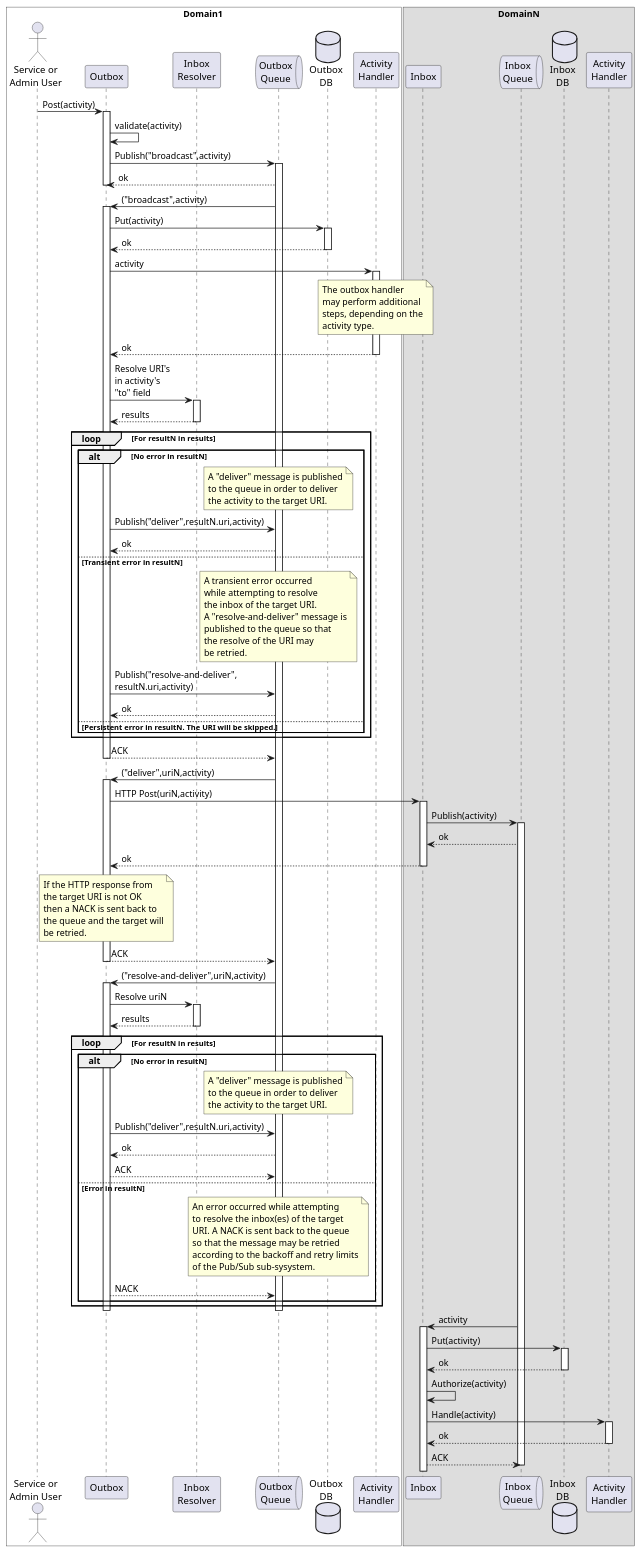
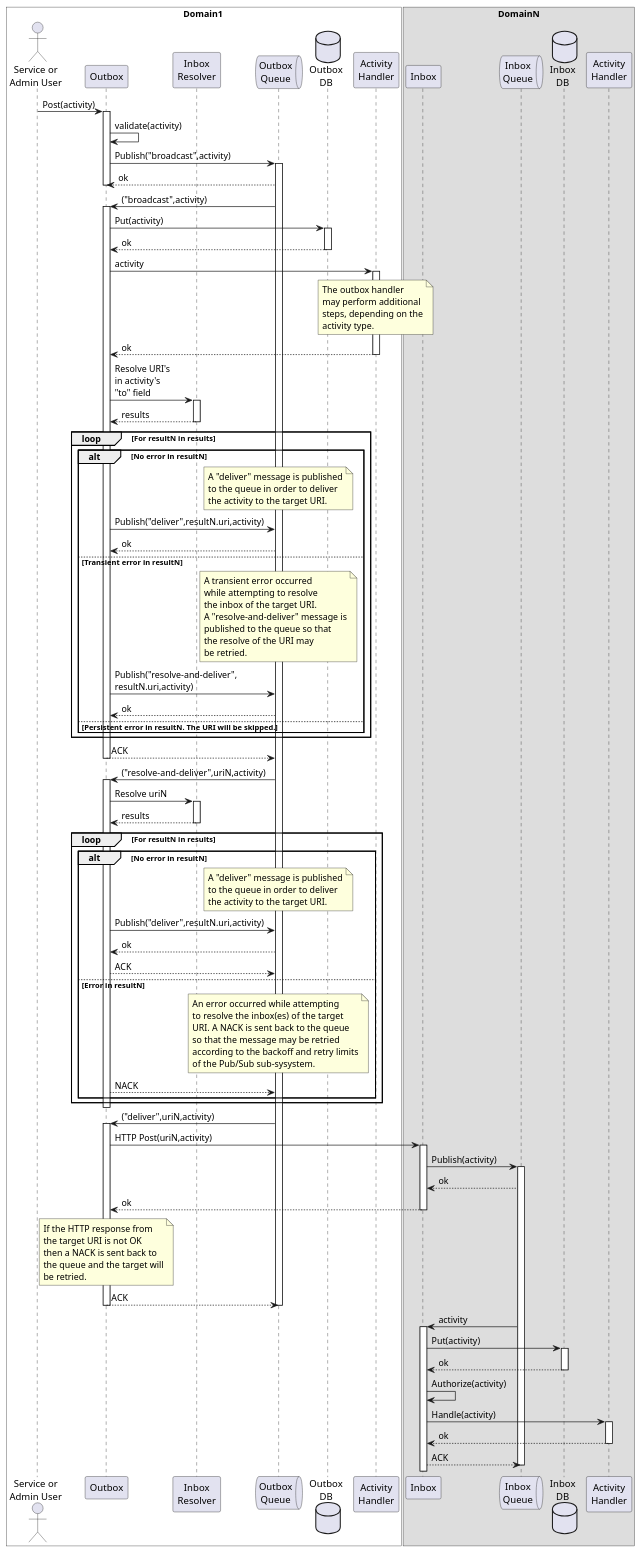
The diagram in readthedocs/source/orb/diagrams/ap-outbox-inbox.puml (trustbloc/docs), drawn with PlantUML before and after one commit. The commit also changed other lines of this file and 1 other file, not shown here.

First line of the commit message:
docs: Reorganize outbox diagram

```diff
--- a/readthedocs/source/orb/diagrams/ap-outbox-inbox.puml
+++ b/readthedocs/source/orb/diagrams/ap-outbox-inbox.puml
@@ -1,173 +1,173 @@
 @startuml
 'https://plantuml.com/sequence-diagram
 
 box Domain1 #White
 actor "Service or\nAdmin User" as adminUser
 participant Outbox
 participant "Inbox\nResolver" as resolver
 queue "Outbox\nQueue" as outboxQueue
 database "Outbox\nDB" as outboxDB
 participant "Activity\nHandler" as outboxHandler
 end box
 
 box DomainN
 participant Inbox
 queue "Inbox\nQueue" as inboxQueue
 database "Inbox\nDB" as inboxDB
 participant "Activity\nHandler" as inboxHandler
 end box
 
 adminUser -> Outbox: Post(activity)
 
 activate Outbox
   Outbox -> Outbox: validate(activity)
   Outbox -> outboxQueue: Publish("broadcast",activity)
   activate outboxQueue
     outboxQueue --> Outbox: ok
 deactivate Outbox
 
 outboxQueue -> Outbox: ("broadcast",activity)
 
 activate Outbox
 
 Outbox -> outboxDB: Put(activity)
 activate outboxDB
   outboxDB --> Outbox: ok
 deactivate outboxDB
 
 Outbox -> outboxHandler: activity
 activate outboxHandler
   note over outboxHandler
     The outbox handler
     may perform additional
     steps, depending on the
     activity type.
   end note
   outboxHandler --> Outbox: ok
 deactivate outboxHandler
 
 Outbox -> resolver: Resolve URI's\nin activity's\n"to" field
 activate resolver
 resolver --> Outbox: results
 deactivate resolver
 
 loop For resultN in results
   alt No error in resultN
     note over outboxQueue
       A "deliver" message is published
       to the queue in order to deliver
       the activity to the target URI.
     end note
     Outbox -> outboxQueue: Publish("deliver",resultN.uri,activity)
     outboxQueue --> Outbox: ok
   else Transient error in resultN
     note over outboxQueue
       A transient error occurred
       while attempting to resolve
       the inbox of the target URI.
       A "resolve-and-deliver" message is
       published to the queue so that
       the resolve of the URI may
       be retried.
     end note
     Outbox -> outboxQueue: Publish("resolve-and-deliver",\nresultN.uri,activity)
     outboxQueue --> Outbox: ok
   else Persistent error in resultN. The URI will be skipped.
   end alt
 end loop
 
 Outbox --> outboxQueue: ACK
 
 deactivate Outbox
 
 deactivate Outbox
 
-outboxQueue -> Outbox: ("deliver",uriN,activity)
-
-activate Outbox
-
-Outbox -> Inbox: HTTP Post(uriN,activity)
-
-activate Inbox
-
-Inbox -> inboxQueue: Publish(activity)
-
-activate inboxQueue
-
-inboxQueue --> Inbox: ok
-
-Inbox --> Outbox: ok
-
-note over Outbox
- If the HTTP response from
- the target URI is not OK
- then a NACK is sent back to
- the queue and the target will
- be retried.
-end note
-
-deactivate Inbox
-
-Outbox --> outboxQueue: ACK
-
-deactivate Outbox
-
 outboxQueue -> Outbox: ("resolve-and-deliver",uriN,activity)
 
 activate Outbox
 
 Outbox -> resolver: Resolve uriN
 activate resolver
 resolver --> Outbox: results
 deactivate resolver
 
 loop For resultN in results
   alt No error in resultN
     note over outboxQueue
       A "deliver" message is published
       to the queue in order to deliver
       the activity to the target URI.
     end note
     Outbox -> outboxQueue: Publish("deliver",resultN.uri,activity)
     outboxQueue --> Outbox: ok
     Outbox --> outboxQueue: ACK
   else Error in resultN
     note over outboxQueue
       An error occurred while attempting
       to resolve the inbox(es) of the target
       URI. A NACK is sent back to the queue
       so that the message may be retried
       according to the backoff and retry limits
       of the Pub/Sub sub-sysystem.
     end note
     Outbox --> outboxQueue: NACK
   end alt
 end loop
 
 deactivate Outbox
 
+outboxQueue -> Outbox: ("deliver",uriN,activity)
+
+activate Outbox
+
+Outbox -> Inbox: HTTP Post(uriN,activity)
+
+activate Inbox
+
+Inbox -> inboxQueue: Publish(activity)
+
+activate inboxQueue
+
+inboxQueue --> Inbox: ok
+
+Inbox --> Outbox: ok
+
+note over Outbox
+ If the HTTP response from
+ the target URI is not OK
+ then a NACK is sent back to
+ the queue and the target will
+ be retried.
+end note
+
+deactivate Inbox
+
+Outbox --> outboxQueue: ACK
+
+deactivate Outbox
+
 deactivate outboxQueue
 
 inboxQueue -> Inbox: activity
 
 activate Inbox
 
 Inbox -> inboxDB: Put(activity)
 
 activate inboxDB
   inboxDB --> Inbox: ok
 deactivate inboxDB
 
 Inbox -> Inbox: Authorize(activity)
 
 Inbox -> inboxHandler: Handle(activity)
 
 activate inboxHandler
 inboxHandler --> Inbox: ok
 deactivate inboxHandler
 
 Inbox --> inboxQueue: ACK
 
 deactivate inboxQueue
 
 @enduml
```
